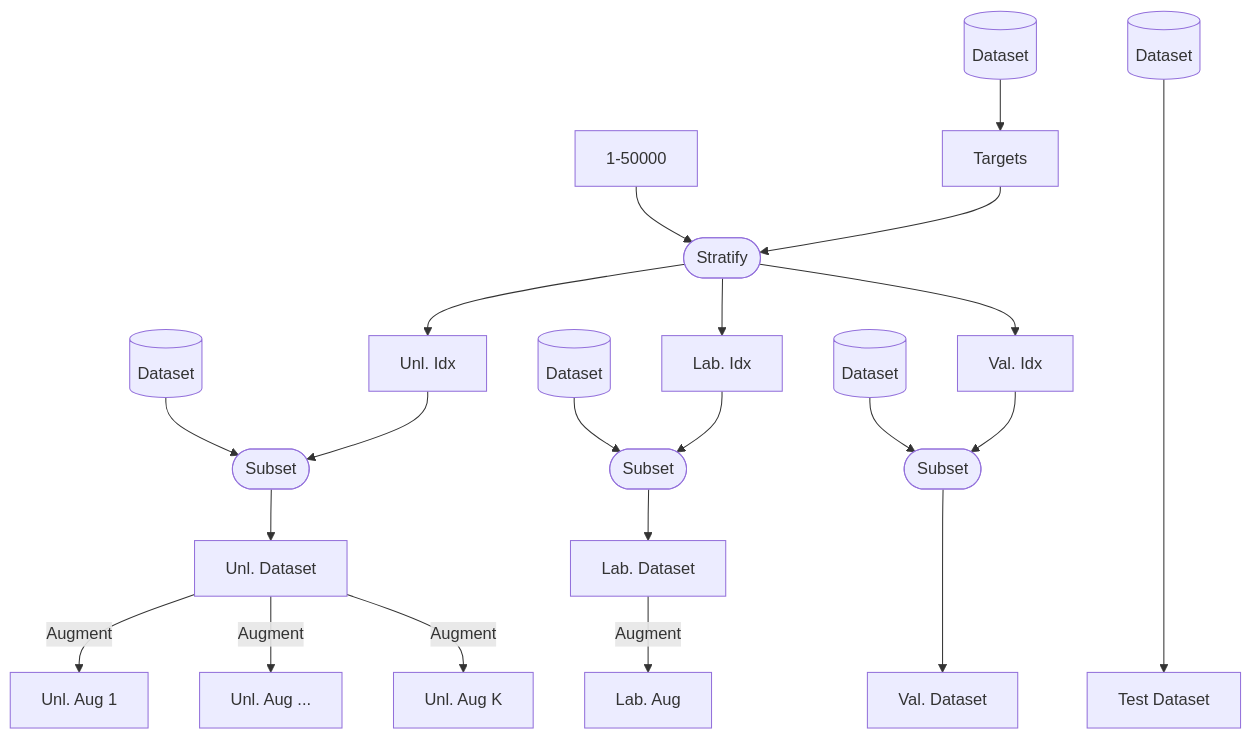
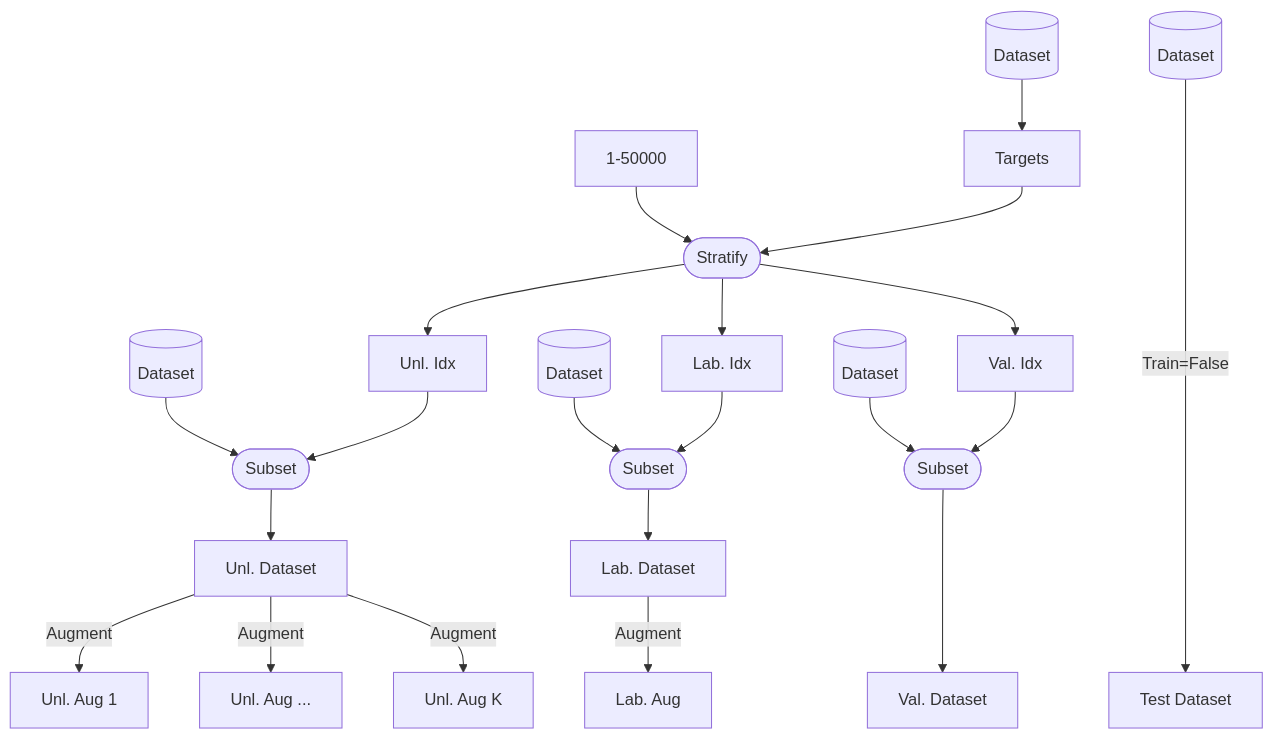
Before and after one commit to FR-DC/MixMatch-PyTorch: the third of 3 diagrams in Writerside/topics/Data-Preparation.md, drawn with Mermaid. The commit also changed other lines of this file, not shown here.

Commit message:
Add missing detail on test using train=False

````diff
--- a/Writerside/topics/Data-Preparation.md
+++ b/Writerside/topics/Data-Preparation.md
@@ -68,23 +68,23 @@
 ```mermaid
 graph TD
     A[1-50000] --> B([Stratify])
     C[Targets] --> B
     D[(Dataset)] --> C
     B --> U[Unl. Idx]
     B --> L[Lab. Idx]
     B --> V[Val. Idx]
     D1[(Dataset)] --> S1([Subset])
     V --> S1
     D2[(Dataset)] --> S2([Subset])
     U --> S2
     D3[(Dataset)] --> S3([Subset])
     L --> S3
     S1 ---> VD[Val. Dataset]
     S2 --> UD[Unl. Dataset]
     S3 --> LD[Lab. Dataset]
     UD --Augment--> UDA1[Unl. Aug 1]
     UD --Augment--> UDA[Unl. Aug ...]
     UD --Augment--> UDAK[Unl. Aug K]
     LD --Augment--> LDA[Lab. Aug]
-    DT[(Dataset)] -------> DTT[Test Dataset]
+    DT[(Dataset)] --Train=False-------> DTT[Test Dataset]
 ```
````
